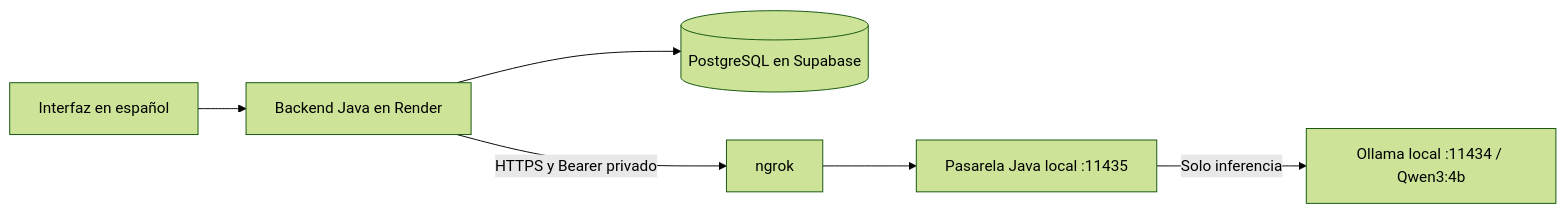
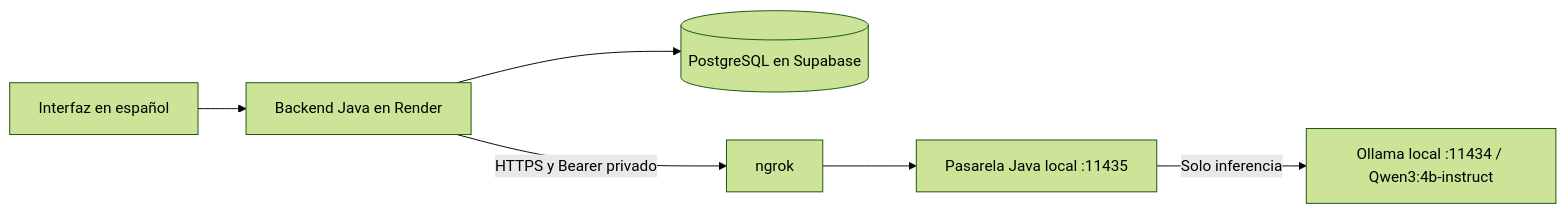
One commit to samuelvallejo/Proyecto-final-patrones-de-software changed the diagram in docs/IA_LOCAL.md. Above: the diagram before and after it, drawn with Mermaid (forest theme). The commit also changed other lines of this file and 17 other files, not shown here.

Commit message:
Use the instruction-tuned local model and calibrate contextual moderation

````diff
--- a/docs/IA_LOCAL.md
+++ b/docs/IA_LOCAL.md
@@ -5,8 +5,8 @@
 ```mermaid
 flowchart LR
     Browser[Interfaz en español] --> Backend[Backend Java en Render]
     Backend --> Database[(PostgreSQL en Supabase)]
     Backend -->|HTTPS y Bearer privado| Tunnel[ngrok]
     Tunnel --> Gateway[Pasarela Java local :11435]
-    Gateway -->|Solo inferencia| Model[Ollama local :11434 / Qwen3:4b]
+    Gateway -->|Solo inferencia| Model[Ollama local :11434 / Qwen3:4b-instruct]
 ```
````
